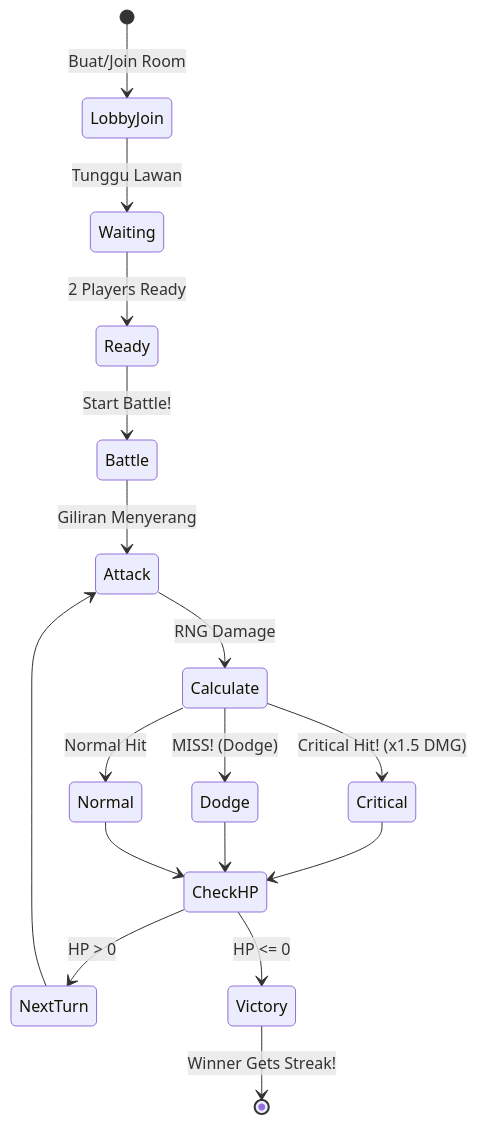
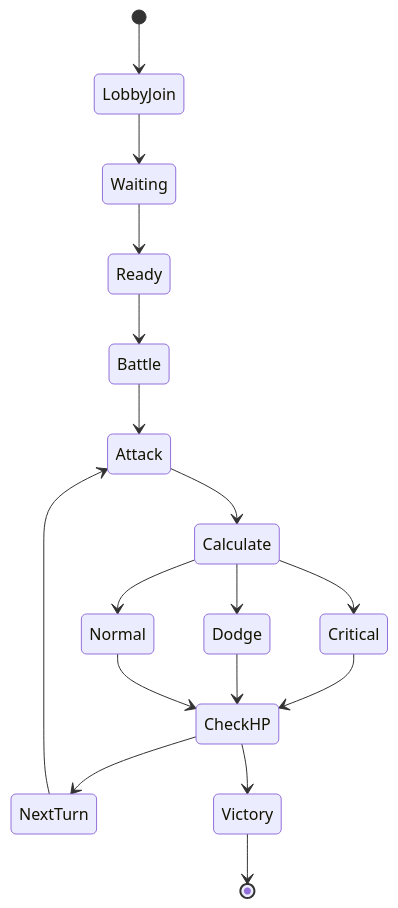
Before and after one commit to Marvx-US/AsahMemory: the fourth of 4 diagrams in README.md, drawn with Mermaid. The commit also changed other lines of this file, not shown here.

````diff
--- a/README.md
+++ b/README.md
@@ -173,19 +164,19 @@
 ```mermaid
 stateDiagram-v2
-    [*] --> LobbyJoin: Buat/Join Room
-    LobbyJoin --> Waiting: Tunggu Lawan
-    Waiting --> Ready: 2 Players Ready
-    Ready --> Battle: Start Battle!
-    Battle --> Attack: Giliran Menyerang
-    Attack --> Calculate: RNG Damage
-    Calculate --> Critical: Critical Hit! (x1.5 DMG)
-    Calculate --> Dodge: MISS! (Dodge)
-    Calculate --> Normal: Normal Hit
+    [*] --> LobbyJoin
+    LobbyJoin --> Waiting
+    Waiting --> Ready
+    Ready --> Battle
+    Battle --> Attack
+    Attack --> Calculate
+    Calculate --> Critical
+    Calculate --> Dodge
+    Calculate --> Normal
     Critical --> CheckHP
     Dodge --> CheckHP
     Normal --> CheckHP
-    CheckHP --> NextTurn: HP > 0
-    CheckHP --> Victory: HP <= 0
+    CheckHP --> NextTurn
+    CheckHP --> Victory
     NextTurn --> Attack
-    Victory --> [*]: Winner Gets Streak!
+    Victory --> [*]
 ```
````
